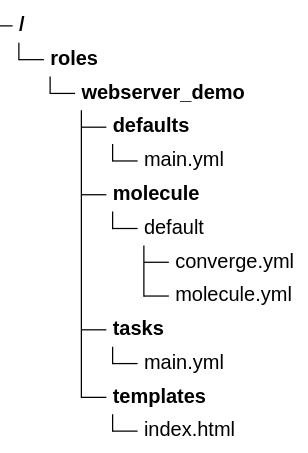
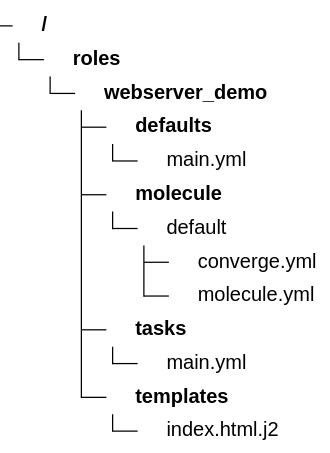
The first of 2 diagrams in docs/development/testing.md (computacenter-com/ansible-best-practices), drawn with Mermaid before and after one commit. The commit also changed other lines of this file and 9 other files, not shown here.

Commit message:
Added logos to all treeView diagrams. Added JS script to register icon packs.

````diff
--- a/docs/development/testing.md
+++ b/docs/development/testing.md
@@ -112,20 +112,26 @@
         ``` mermaid
         ---
         config:
           treeView:
             rowIndent: 20
+            defaultIconPack: vscode-icons
+            showIcons: true
+            extensionIcons:
+              .j2: file-type-jinja
+              .md: file-type-markdown
+              .yml: file-type-light-yaml-official
         ---
         treeView-beta
         roles/
         └── webserver_demo/
             ├── defaults/
             │   └── main.yml
             ├── molecule/
             │   └── default
             │       ├── converge.yml
             │       └── molecule.yml
             ├── tasks/
             │   └── main.yml
             └── templates/
-                └── index.html
+                └── index.html.j2
         ```
````
